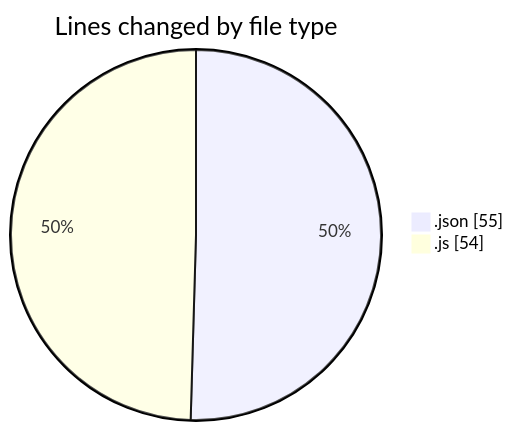
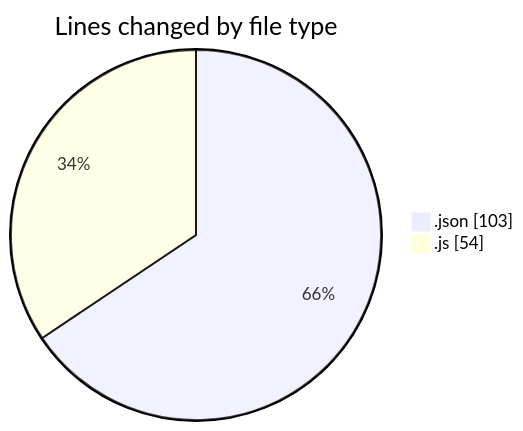
One commit to momahboobian/code-tracking changed the first of 2 diagrams in 2026-01-06/cda/README.md. Above: the diagram before and after it, drawn with Mermaid. The commit also changed other lines of this file and 1 other file, not shown here.

````diff
--- a/2026-01-06/cda/README.md
+++ b/2026-01-06/cda/README.md
@@ -22,6 +23,6 @@
 ```mermaid
 pie showData
 title Lines changed by file type
-".json" : 55
+".json" : 103
 ".js" : 54
 ```
````
